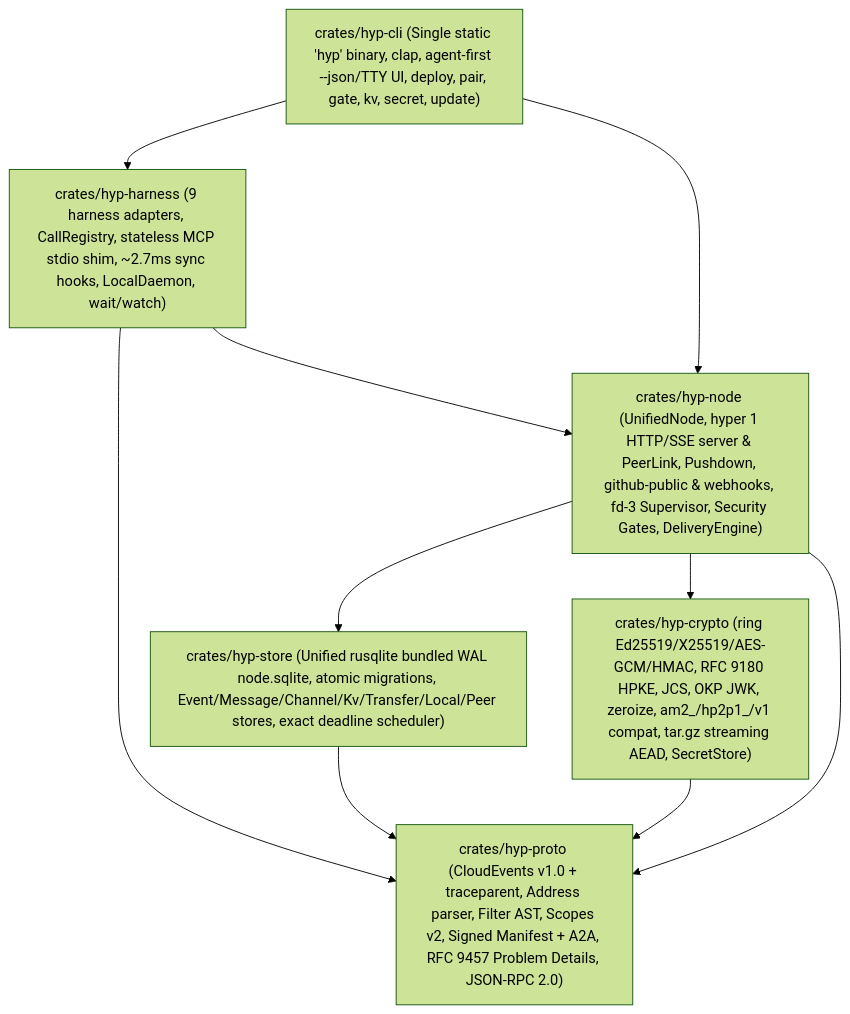
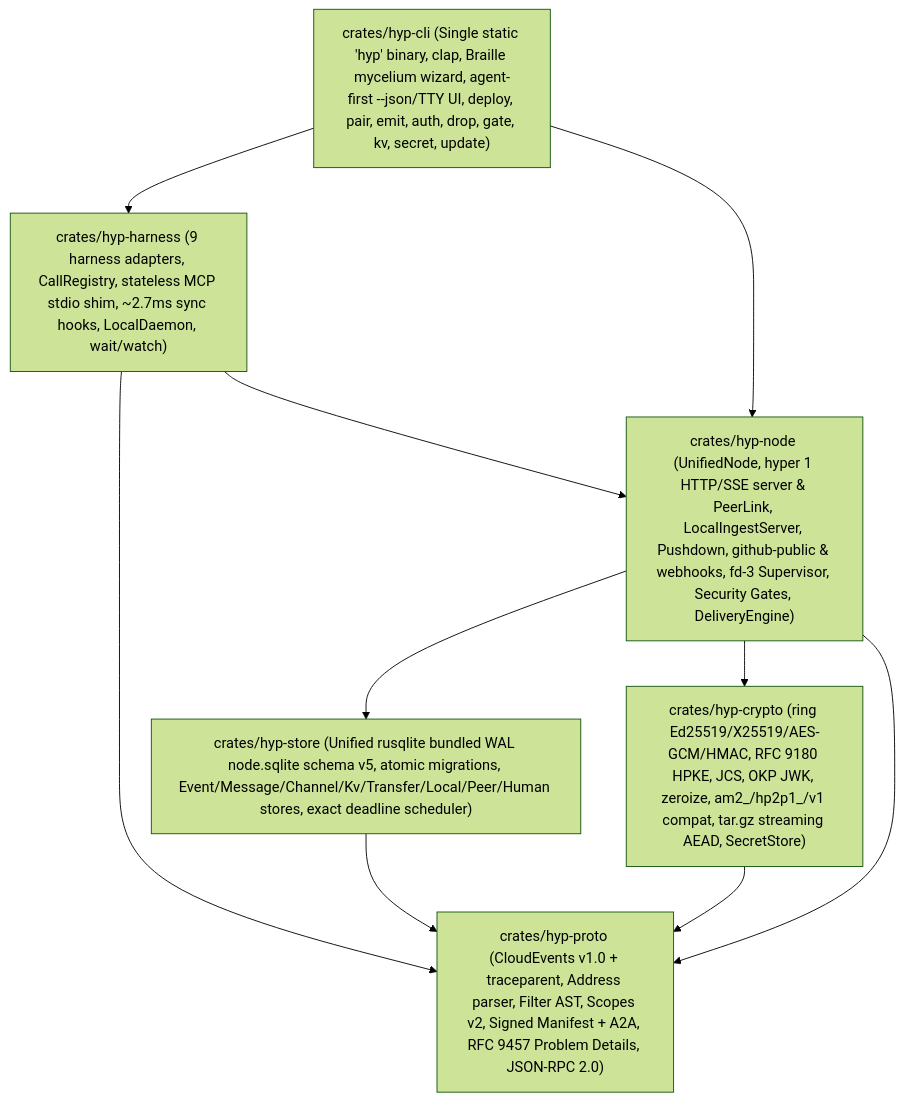
The fifth of 5 diagrams in docs/architecture-v2.md (hyphae-to/hyp), drawn with Mermaid (forest theme) before and after one commit. The commit also changed other lines of this file and 12 other files, not shown here.

Commit message:
docs(v0.5.0): update README, docs, skills, and site for local ingest, encDraft, and wizard polish

````diff
--- a/docs/architecture-v2.md
+++ b/docs/architecture-v2.md
@@ -370,19 +369,19 @@
 ```mermaid
 flowchart TD
-  Cli["crates/hyp-cli (Single static 'hyp' binary, clap, agent-first --json/TTY UI, deploy, pair, gate, kv, secret, update)"]
+  Cli["crates/hyp-cli (Single static 'hyp' binary, clap, Braille mycelium wizard, agent-first --json/TTY UI, deploy, pair, emit, auth, drop, gate, kv, secret, update)"]
   Harness["crates/hyp-harness (9 harness adapters, CallRegistry, stateless MCP stdio shim, ~2.7ms sync hooks, LocalDaemon, wait/watch)"]
-  Node["crates/hyp-node (UnifiedNode, hyper 1 HTTP/SSE server & PeerLink, Pushdown, github-public & webhooks, fd-3 Supervisor, Security Gates, DeliveryEngine)"]
-  Store["crates/hyp-store (Unified rusqlite bundled WAL node.sqlite, atomic migrations, Event/Message/Channel/Kv/Transfer/Local/Peer stores, exact deadline scheduler)"]
+  Node["crates/hyp-node (UnifiedNode, hyper 1 HTTP/SSE server & PeerLink, LocalIngestServer, Pushdown, github-public & webhooks, fd-3 Supervisor, Security Gates, DeliveryEngine)"]
+  Store["crates/hyp-store (Unified rusqlite bundled WAL node.sqlite schema v5, atomic migrations, Event/Message/Channel/Kv/Transfer/Local/Peer/Human stores, exact deadline scheduler)"]
   Crypto["crates/hyp-crypto (ring Ed25519/X25519/AES-GCM/HMAC, RFC 9180 HPKE, JCS, OKP JWK, zeroize, am2_/hp2p1_/v1 compat, tar.gz streaming AEAD, SecretStore)"]
   Proto["crates/hyp-proto (CloudEvents v1.0 + traceparent, Address parser, Filter AST, Scopes v2, Signed Manifest + A2A, RFC 9457 Problem Details, JSON-RPC 2.0)"]
 
   Cli --> Harness
   Cli --> Node
   Harness --> Proto
   Harness --> Node
   Node --> Store
   Node --> Crypto
   Node --> Proto
   Store --> Proto
   Crypto --> Proto
 ```
````
